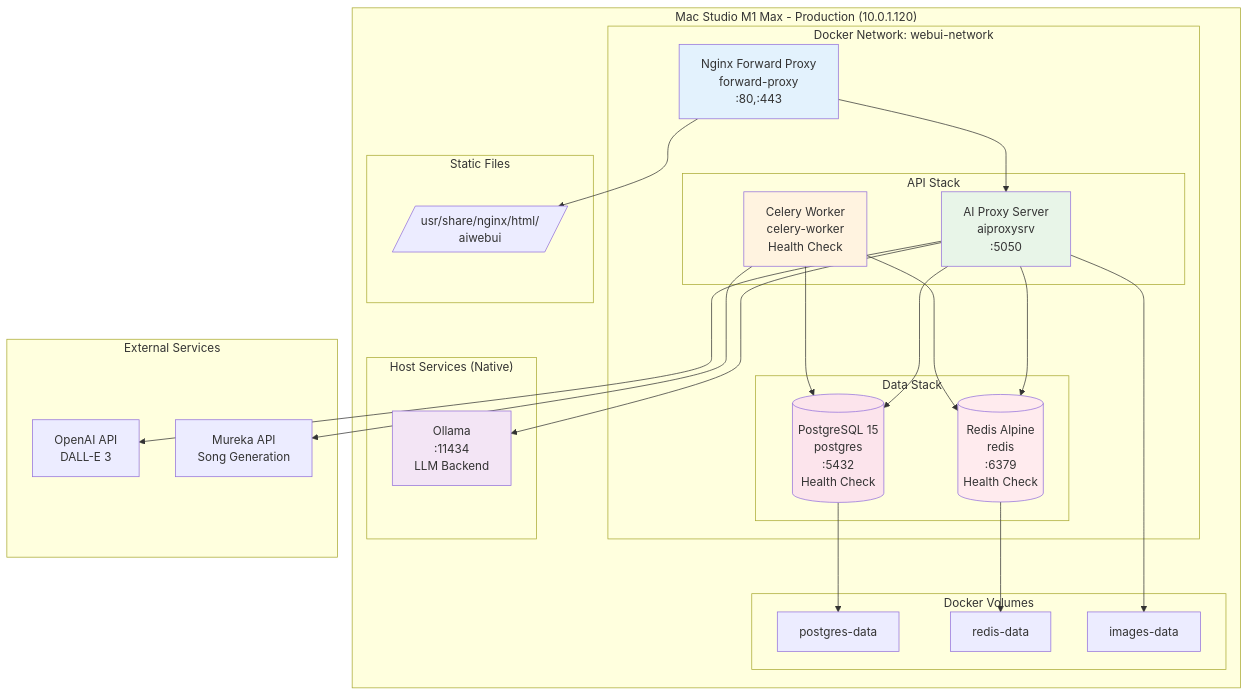
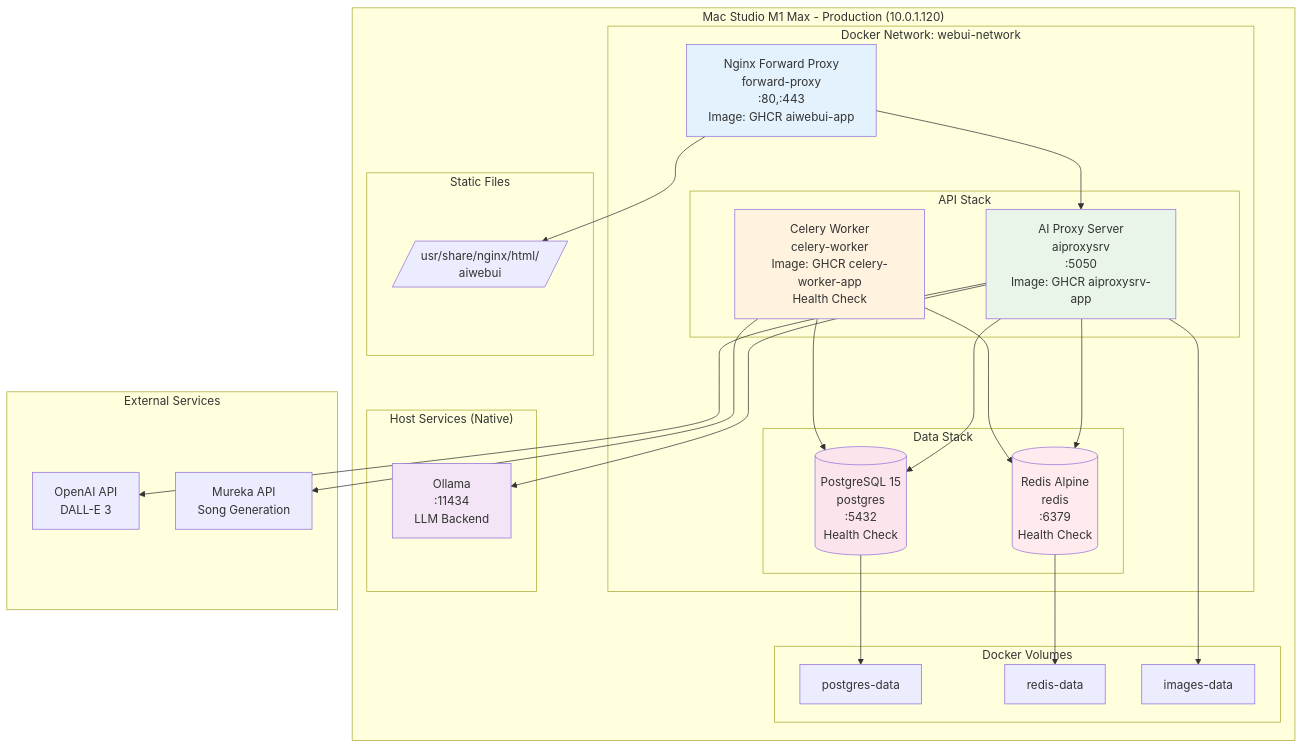
One commit to rwellinger/aiproxy changed the diagram in docs/arch42/9.2_produktions_deployment.mmd. Above: the diagram before and after it, drawn with Mermaid. The commit also changed 20 other files, not shown here.

```diff
--- a/docs/arch42/9.2_produktions_deployment.mmd
+++ b/docs/arch42/9.2_produktions_deployment.mmd
@@ -1,58 +1,58 @@
 graph TB
     subgraph "Mac Studio M1 Max - Production (10.0.1.120)"
         subgraph "Docker Network: webui-network"
-            NGINX[Nginx Forward Proxy<br/>forward-proxy<br/>:80,:443]
+            NGINX[Nginx Forward Proxy<br/>forward-proxy<br/>:80,:443<br/>Image: GHCR aiwebui-app]
 
             subgraph "API Stack"
-                API_CONTAINER[AI Proxy Server<br/>aiproxysrv<br/>:5050]
-                WORKER_CONTAINER[Celery Worker<br/>celery-worker<br/>Health Check]
+                API_CONTAINER[AI Proxy Server<br/>aiproxysrv<br/>:5050<br/>Image: GHCR aiproxysrv-app]
+                WORKER_CONTAINER[Celery Worker<br/>celery-worker<br/>Image: GHCR celery-worker-app<br/>Health Check]
             end
 
             subgraph "Data Stack"
                 PROD_PG[(PostgreSQL 15<br/>postgres<br/>:5432<br/>Health Check)]
                 PROD_REDIS[(Redis Alpine<br/>redis<br/>:6379<br/>Health Check)]
             end
         end
 
         subgraph "Host Services (Native)"
             OLLAMA_HOST[Ollama<br/>:11434<br/>LLM Backend]
         end
 
         subgraph "Docker Volumes"
             PG_VOL[postgres-data]
             REDIS_VOL[redis-data]
             IMG_VOL[images-data]
         end
 
         subgraph "Static Files"
             STATIC[/usr/share/nginx/html/<br/>aiwebui/]
         end
     end
 
     subgraph "External Services"
         OPENAI_EXT[OpenAI API<br/>DALL-E 3]
         MUREKA_EXT[Mureka API<br/>Song Generation]
     end
 
     NGINX --> API_CONTAINER
     NGINX --> STATIC
 
     API_CONTAINER --> PROD_PG
     API_CONTAINER --> PROD_REDIS
     API_CONTAINER --> OPENAI_EXT
     API_CONTAINER --> OLLAMA_HOST
 
     WORKER_CONTAINER --> PROD_REDIS
     WORKER_CONTAINER --> PROD_PG
     WORKER_CONTAINER --> MUREKA_EXT
 
     PROD_PG --> PG_VOL
     PROD_REDIS --> REDIS_VOL
     API_CONTAINER --> IMG_VOL
 
     style NGINX fill:#e3f2fd
     style API_CONTAINER fill:#e8f5e8
     style WORKER_CONTAINER fill:#fff3e0
     style PROD_PG fill:#fce4ec
     style PROD_REDIS fill:#ffebee
     style OLLAMA_HOST fill:#f3e5f5
```
